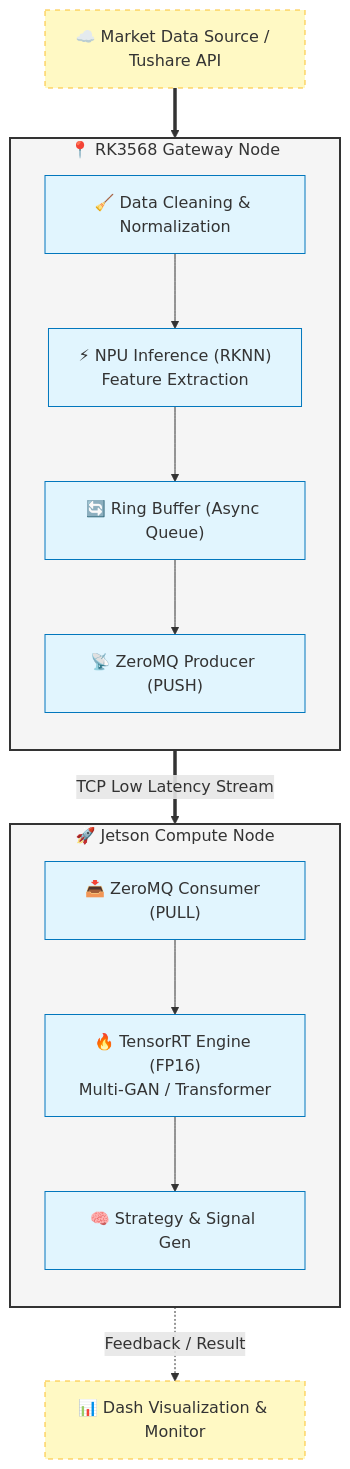
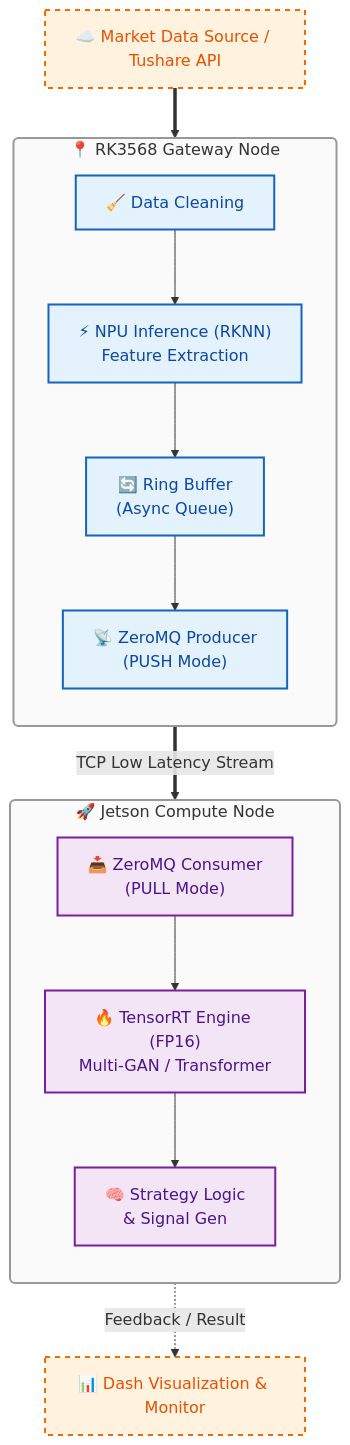
The first of 2 diagrams in README.md (WNPPP0114/HEQIS), drawn with Mermaid before and after one commit. The commit also changed other lines of this file, not shown here.

````diff
--- a/README.md
+++ b/README.md
@@ -6,51 +6,51 @@
 ```mermaid
 graph TD
-    %% 定义节点样式
-    classDef cluster fill:#f5f5f5,stroke:#333,stroke-width:2px;
-    classDef node fill:#e1f5fe,stroke:#0277bd,stroke-width:1px;
-    classDef edge fill:#fff9c4,stroke:#fbc02d,stroke-width:1px,stroke-dasharray: 5 5;
+    %% 全局样式设置
+    classDef default fill:#fff,stroke:#333,stroke-width:1px,color:#000;
+    classDef cluster fill:#fafafa,stroke:#999,stroke-width:2px,rx:5,ry:5;
+    classDef gateway fill:#e3f2fd,stroke:#1565c0,stroke-width:2px,color:#0d47a1;
+    classDef compute fill:#f3e5f5,stroke:#7b1fa2,stroke-width:2px,color:#4a148c;
+    classDef external fill:#fff3e0,stroke:#ef6c00,stroke-width:2px,stroke-dasharray: 5 5,color:#e65100;
 
     %% 外部输入
-    Input["☁️ Market Data Source / Tushare API"]
+    Input["☁️ Market Data Source / Tushare API"]:::external
 
     %% RK3568 网关节点
-    subgraph Gateway_Node [📍 RK3568 Gateway Node]
+    subgraph Gateway_Node ["📍 RK3568 Gateway Node"]
         direction TB
-        Cleaner["🧹 Data Cleaning & Normalization"]
-        NPU_Feat["⚡ NPU Inference (RKNN)<br/>Feature Extraction"]
-        RingBuf["🔄 Ring Buffer (Async Queue)"]
-        ZMQ_Push["📡 ZeroMQ Producer (PUSH)"]
+        Cleaner["🧹 Data Cleaning"]:::gateway
+        NPU_Feat["⚡ NPU Inference (RKNN)<br/>Feature Extraction"]:::gateway
+        RingBuf["🔄 Ring Buffer<br/>(Async Queue)"]:::gateway
+        ZMQ_Push["📡 ZeroMQ Producer<br/>(PUSH Mode)"]:::gateway
     end
 
     %% Jetson 计算节点
-    subgraph Compute_Node [🚀 Jetson Compute Node]
+    subgraph Compute_Node ["🚀 Jetson Compute Node"]
         direction TB
-        ZMQ_Pull["📥 ZeroMQ Consumer (PULL)"]
-        TRT_Eng["🔥 TensorRT Engine (FP16)<br/>Multi-GAN / Transformer"]
-        Signal["🧠 Strategy & Signal Gen"]
+        ZMQ_Pull["📥 ZeroMQ Consumer<br/>(PULL Mode)"]:::compute
+        TRT_Eng["🔥 TensorRT Engine (FP16)<br/>Multi-GAN / Transformer"]:::compute
+        Signal["🧠 Strategy Logic<br/>& Signal Gen"]:::compute
     end
 
     %% UI层
-    UI["📊 Dash Visualization & Monitor"]
+    UI["📊 Dash Visualization & Monitor"]:::external
 
     %% 连线逻辑
     Input ==> Cleaner
     Cleaner --> NPU_Feat
     NPU_Feat --> RingBuf
     RingBuf --> ZMQ_Push
 
     %% 跨设备通信
-    ZMQ_Push == TCP Low Latency Stream ==> ZMQ_Pull
+    ZMQ_Push == "TCP Low Latency Stream" ==> ZMQ_Pull
 
     %% 计算节点流程
     ZMQ_Pull --> TRT_Eng
     TRT_Eng --> Signal
 
     %% 结果回传
     Signal -.->|Feedback / Result| UI
 
-    %% 样式应用
+    %% 应用样式
     class Gateway_Node,Compute_Node cluster;
-    class Cleaner,NPU_Feat,RingBuf,ZMQ_Push,ZMQ_Pull,TRT_Eng,Signal node;
-    class Input,UI edge;
 ```
````
